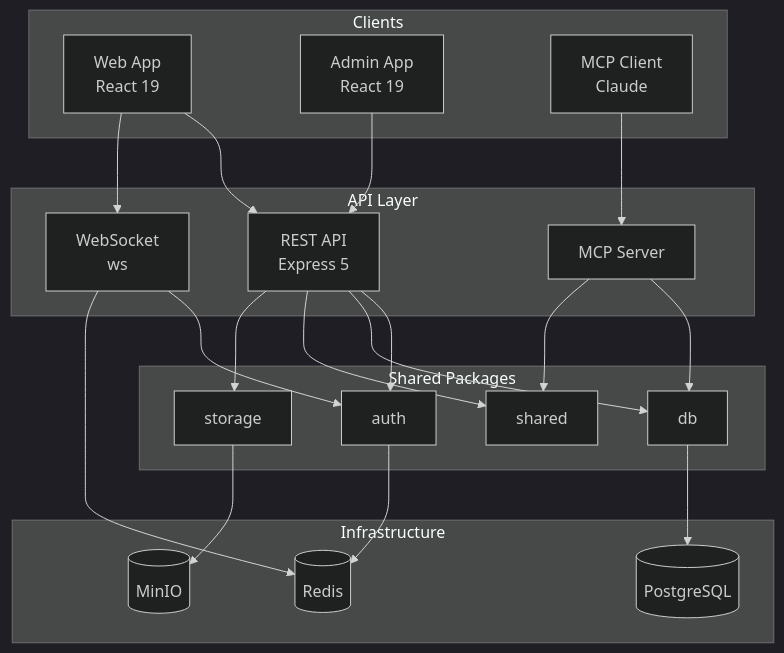
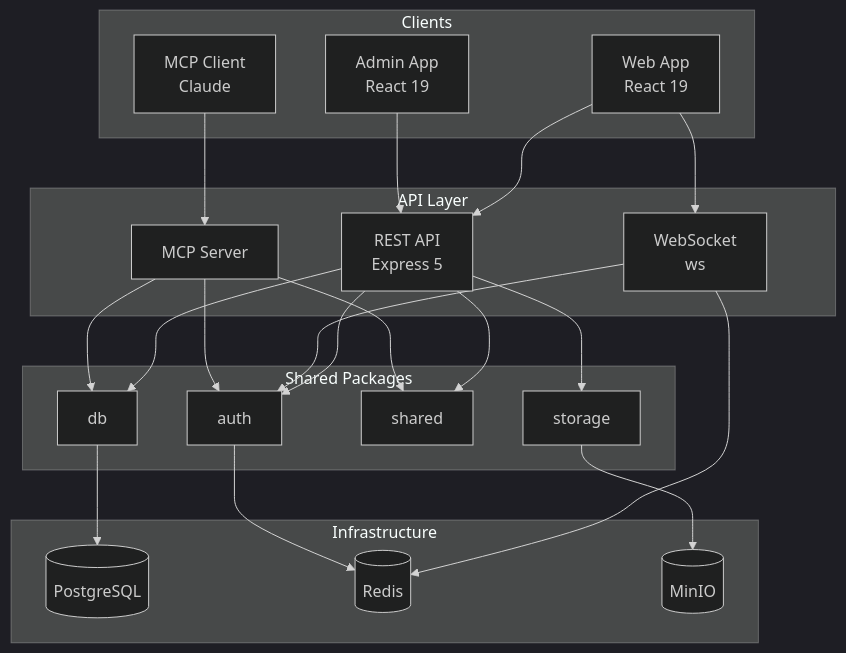
Before and after one commit to tsutsumi389/agentest: the first of 4 diagrams in docs/architecture/diagrams/system-overview.md, drawn with Mermaid (dark theme). The commit also changed other lines of this file and 3 other files, not shown here.

````diff
--- a/docs/architecture/diagrams/system-overview.md
+++ b/docs/architecture/diagrams/system-overview.md
@@ -5,47 +5,48 @@
 ```mermaid
 graph TB
     subgraph Clients
         Web[Web App<br/>React 19]
         Admin[Admin App<br/>React 19]
         MCP[MCP Client<br/>Claude]
     end
 
     subgraph API Layer
         API[REST API<br/>Express 5]
         WS[WebSocket<br/>ws]
         MCPServer[MCP Server]
     end
 
     subgraph Shared Packages
         Auth[auth]
         DB[db]
         Shared[shared]
         Storage[storage]
     end
 
     subgraph Infrastructure
         PG[(PostgreSQL)]
         Redis[(Redis)]
         MinIO[(MinIO)]
     end
 
     Web --> API
     Web --> WS
     Admin --> API
     MCP --> MCPServer
 
     API --> Auth
     API --> DB
     API --> Shared
     API --> Storage
 
     WS --> Auth
     WS --> Redis
 
+    MCPServer --> Auth
     MCPServer --> DB
     MCPServer --> Shared
 
     DB --> PG
     Auth --> Redis
     Storage --> MinIO
 ```
````
